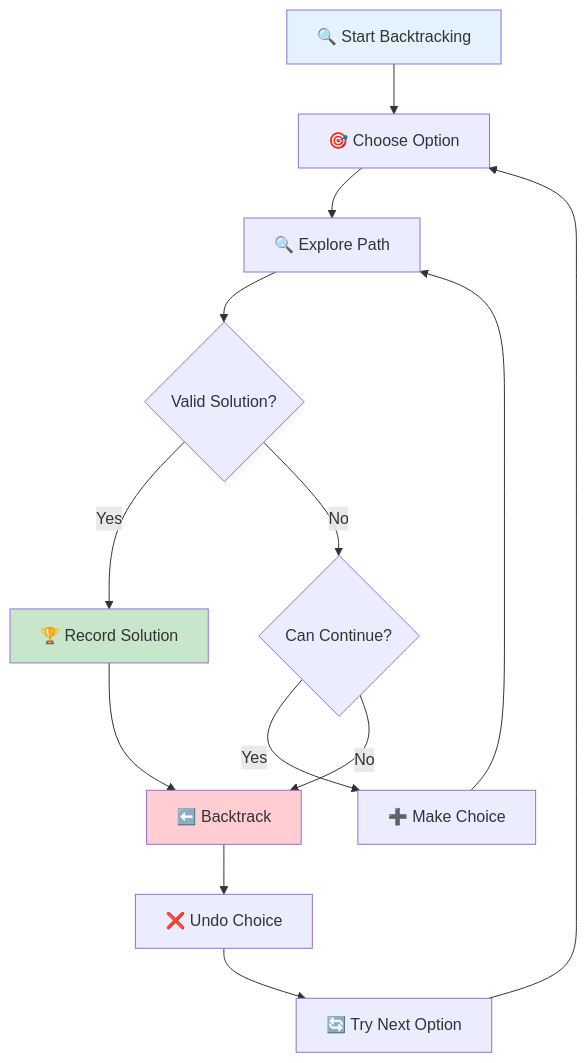
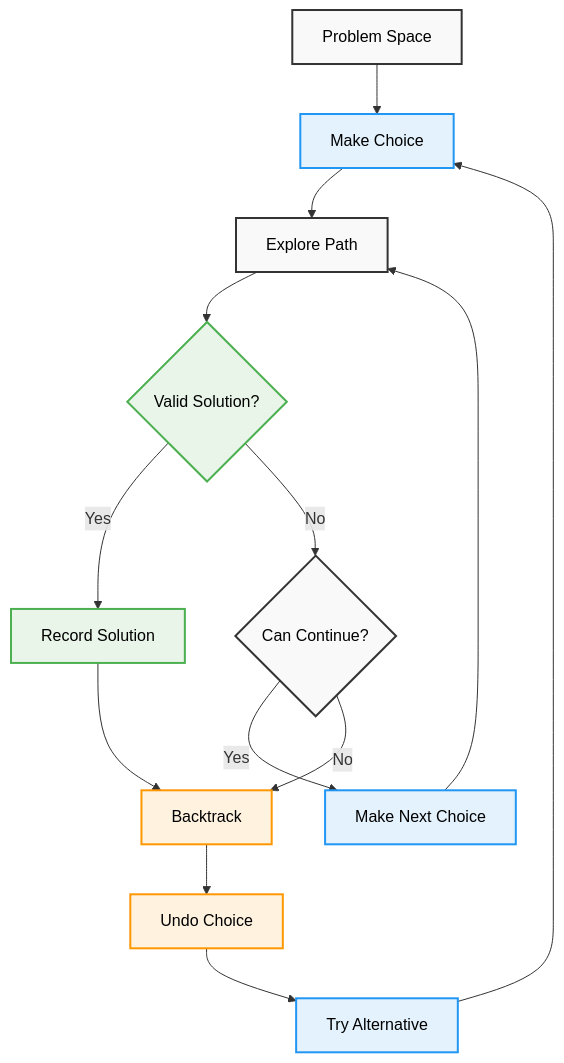
The first of 5 diagrams in concepts/backtracking.md (AbhishekGiri04/CodeVault), drawn with Mermaid before and after one commit. The commit also changed other lines of this file, not shown here.

Commit message:
Complete backtracking guide with professional images and comprehensive coverage

````diff
--- a/concepts/backtracking.md
+++ b/concepts/backtracking.md
@@ -34,19 +32,23 @@
 ```mermaid
 flowchart TD
-    A["🔍 Start Backtracking"] --> B["🎯 Choose Option"]
-    B --> C["🔍 Explore Path"]
+    A["Problem Space"] --> B["Make Choice"]
+    B --> C["Explore Path"]
     C --> D{"Valid Solution?"}
-    D -->|Yes| E["🏆 Record Solution"]
+    D -->|Yes| E["Record Solution"]
     D -->|No| F{"Can Continue?"}
-    F -->|Yes| G["➕ Make Choice"]
-    F -->|No| H["⬅️ Backtrack"]
+    F -->|Yes| G["Make Next Choice"]
+    F -->|No| H["Backtrack"]
     G --> C
-    H --> I["❌ Undo Choice"]
-    I --> J["🔄 Try Next Option"]
+    H --> I["Undo Choice"]
+    I --> J["Try Alternative"]
     E --> H
     J --> B
     
-    style A fill:#e3f2fd
-    style E fill:#c8e6c9
-    style H fill:#ffcdd2
+    classDef default fill:#f9f9f9,stroke:#333,stroke-width:2px,color:#000
+    classDef choice fill:#e3f2fd,stroke:#2196f3,stroke-width:2px,color:#000
+    classDef solution fill:#e8f5e8,stroke:#4caf50,stroke-width:2px,color:#000
+    classDef backtrack fill:#fff3e0,stroke:#ff9800,stroke-width:2px,color:#000
+    class B,G,J choice
+    class D,E solution
+    class H,I backtrack
 ```
````
